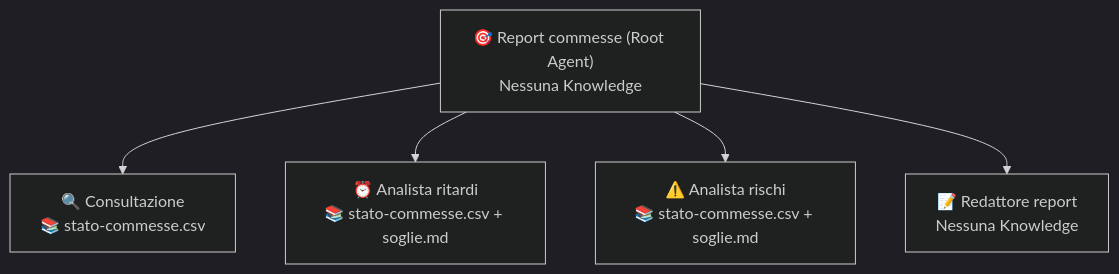
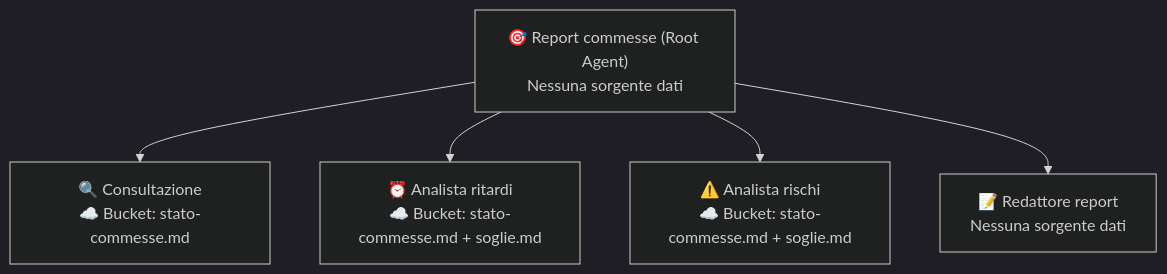
Before and after one commit to labs-ennova-research/ge-demo-brigata: the diagram in use-cases/05-stato-commesse/README.md, drawn with Mermaid (dark theme). The commit also changed other lines of this file and 13 other files, not shown here.

Commit message:
docs(use-cases): convert CSV to Markdown tables and use bucket for subagents

````diff
--- a/use-cases/05-stato-commesse/README.md
+++ b/use-cases/05-stato-commesse/README.md
@@ -76,7 +76,7 @@
 ```mermaid
 flowchart TD
-    R["🎯 Report commesse (Root Agent)\nNessuna Knowledge"] --> S1["🔍 Consultazione\n📚 stato-commesse.csv"]
-    R --> S2["⏰ Analista ritardi\n📚 stato-commesse.csv + soglie.md"]
-    R --> S3["⚠️ Analista rischi\n📚 stato-commesse.csv + soglie.md"]
-    R --> S4["📝 Redattore report\nNessuna Knowledge"]
+    R["🎯 Report commesse (Root Agent)\nNessuna sorgente dati"] --> S1["🔍 Consultazione\n☁️ Bucket: stato-commesse.md"]
+    R --> S2["⏰ Analista ritardi\n☁️ Bucket: stato-commesse.md + soglie.md"]
+    R --> S3["⚠️ Analista rischi\n☁️ Bucket: stato-commesse.md + soglie.md"]
+    R --> S4["📝 Redattore report\nNessuna sorgente dati"]
 ```
````
